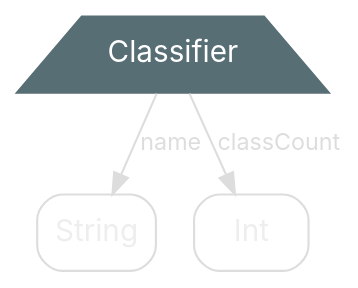
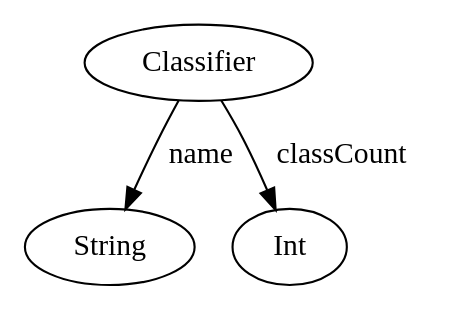
The diagram in src/graphviz/classifier-1.dot (nrinaudo/optics-from-the-ground-up), drawn with Graphviz before and after one commit. The commit also changed 24 other files, not shown here.

Commit message:
Rework diagrams to use stylesheets

```diff
--- a/src/graphviz/classifier-1.dot
+++ b/src/graphviz/classifier-1.dot
@@ -1,17 +1,8 @@
 digraph {
-    bgcolor=transparent
+    classifier[label=Classifier class="product"]
+    classifier_name[label=String class="disabled"]
+    classifier_classCount[label=Int class="disabled"]
 
-    // Default theme
-    node[shape="rectangle" style="rounded,filled" color="#586E75" fillcolor="#ffffff" fontcolor="#586E75" fontname="Inter,Arial"]
-    edge[color="#586E75" fontcolor="#586E75" fontname="Inter,Arial" fontsize=11]
-
-    // product types
-    classifier[shape=trapezium style=filled fontcolor="#FFFFFF" fillcolor="#586E75"]
-
-    classifier[label=Classifier]
-    classifier_name[label=String shape=box color="#dddddd" fontcolor="#eeeeee"]
-    classifier_classCount[label=Int shape=box color="#dddddd" fontcolor="#eeeeee"]
-
-    classifier -> classifier_name[label=name color="#dddddd" fontcolor="#dddddd"]
-    classifier -> classifier_classCount[label=classCount color="#dddddd" fontcolor="#dddddd"]
+    classifier -> classifier_name[label=name class="disabled"]
+    classifier -> classifier_classCount[label=classCount class="disabled"]
 }
```
